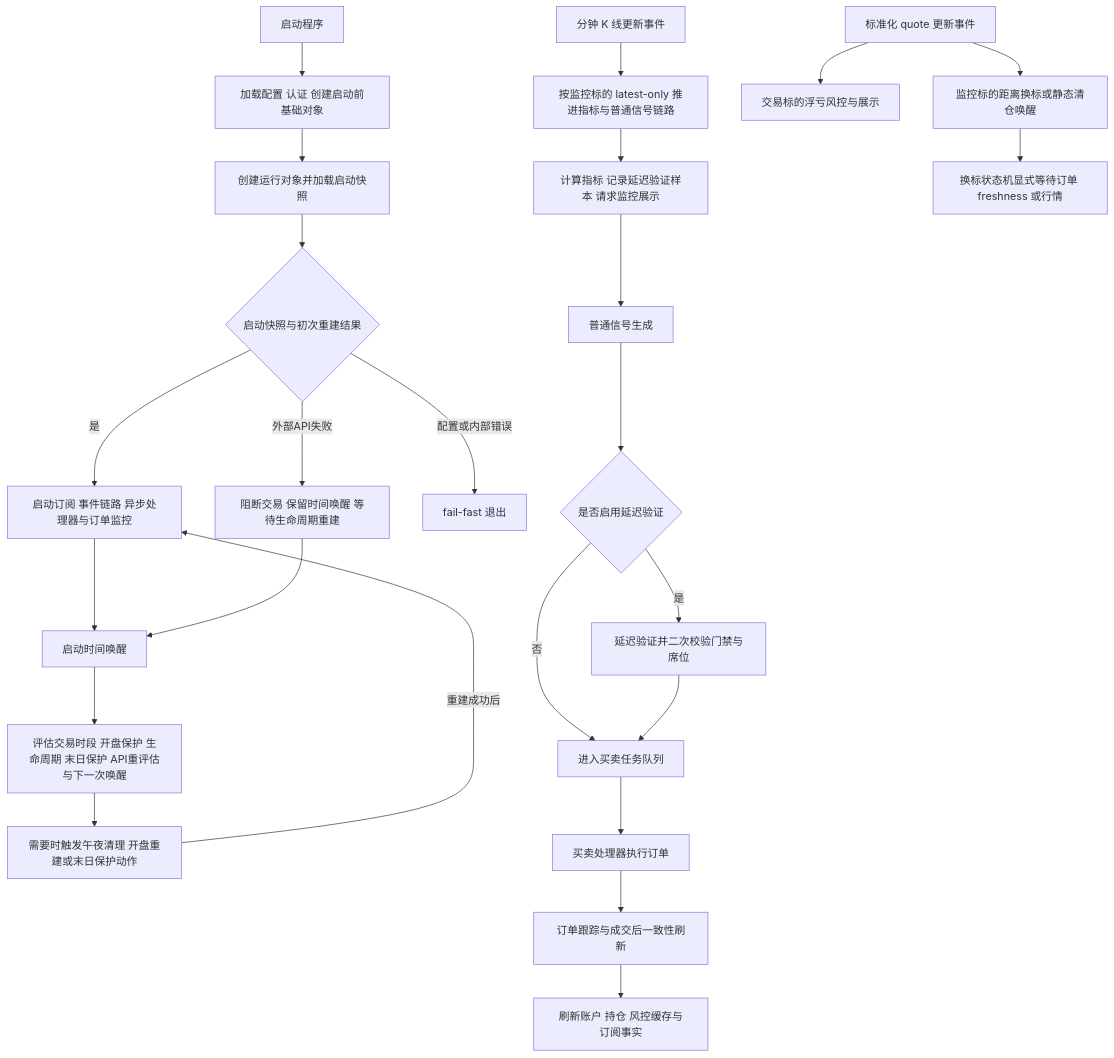
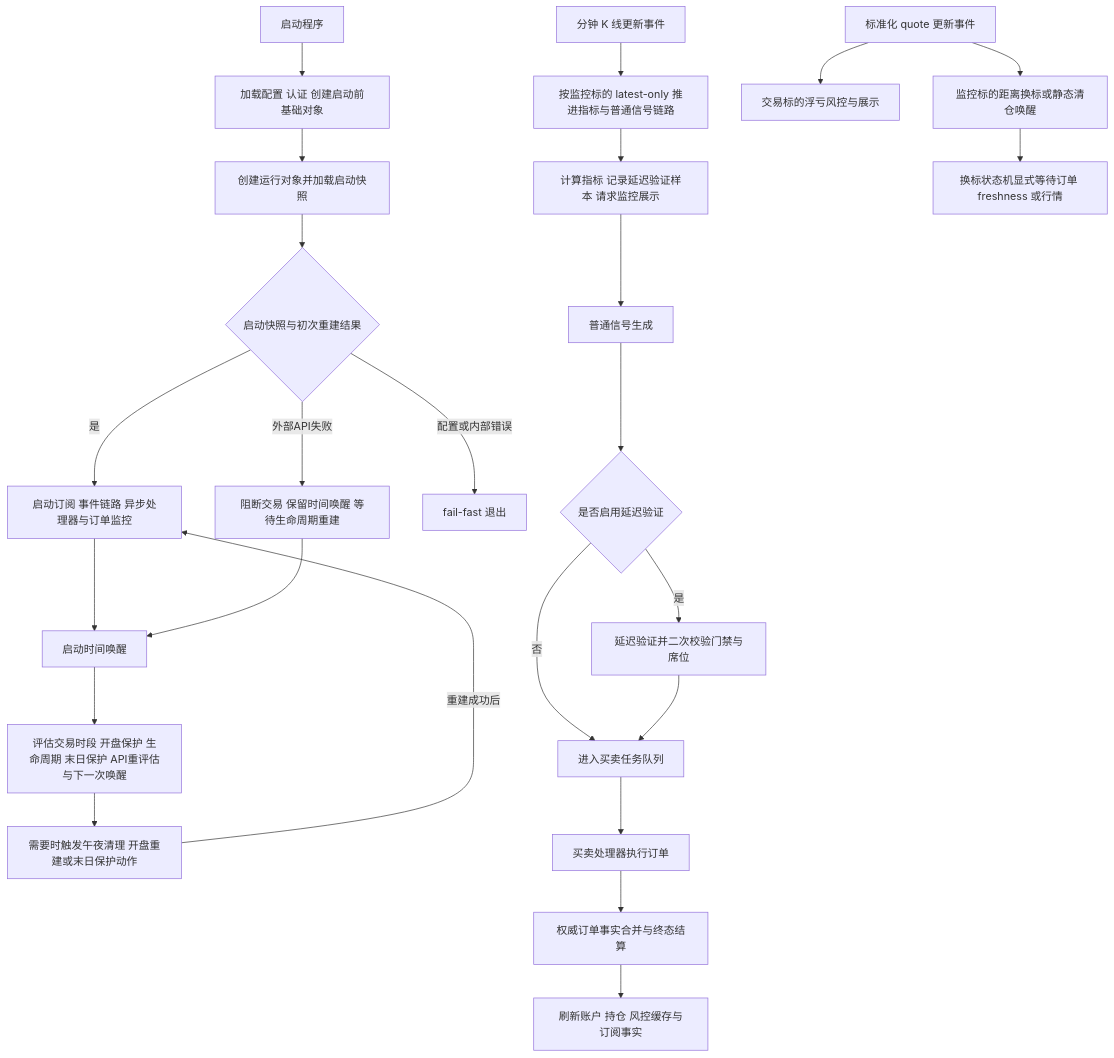
One commit to zhengyongjie16/HSI-Strategy-Trading changed the diagram in README.md. Above: the diagram before and after it, drawn with Mermaid. The commit also changed other lines of this file and 7 other files, not shown here.

````diff
--- a/README.md
+++ b/README.md
@@ -191,29 +199,29 @@
 ```mermaid
 flowchart TD
     A[启动程序] --> B[加载配置 认证 创建启动前基础对象]
     B --> C[创建运行对象并加载启动快照]
     C --> D{启动快照与初次重建结果}
     D -- 是 --> E[启动订阅 事件链路 异步处理器与订单监控]
     D -- 外部API失败 --> F[阻断交易 保留时间唤醒 等待生命周期重建]
     D -- 配置或内部错误 --> X[fail-fast 退出]
     E --> G[启动时间唤醒]
     F --> G
     G --> H[评估交易时段 开盘保护 生命周期 末日保护 API重评估与下一次唤醒]
     H --> I[需要时触发午夜清理 开盘重建或末日保护动作]
     I -->|重建成功后| E
 
     J[分钟 K 线更新事件] --> K[按监控标的 latest-only 推进指标与普通信号链路]
     K --> L[计算指标 记录延迟验证样本 请求监控展示]
     L --> M[普通信号生成]
     M --> N{是否启用延迟验证}
     N -- 否 --> O[进入买卖任务队列]
     N -- 是 --> P[延迟验证并二次校验门禁与席位]
     P --> O
 
     R[标准化 quote 更新事件] --> S[交易标的浮亏风控与展示]
     R --> V[监控标的距离换标或静态清仓唤醒]
     V --> W[换标状态机显式等待订单 freshness 或行情]
     O --> T[买卖处理器执行订单]
-    T --> U[订单跟踪与成交后一致性刷新]
+    T --> U[权威订单事实合并与终态结算]
     U --> Z[刷新账户 持仓 风控缓存与订阅事实]
 ```
````
